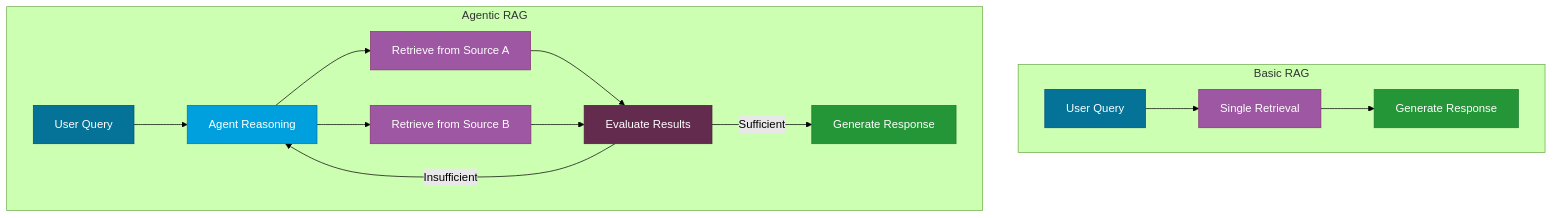
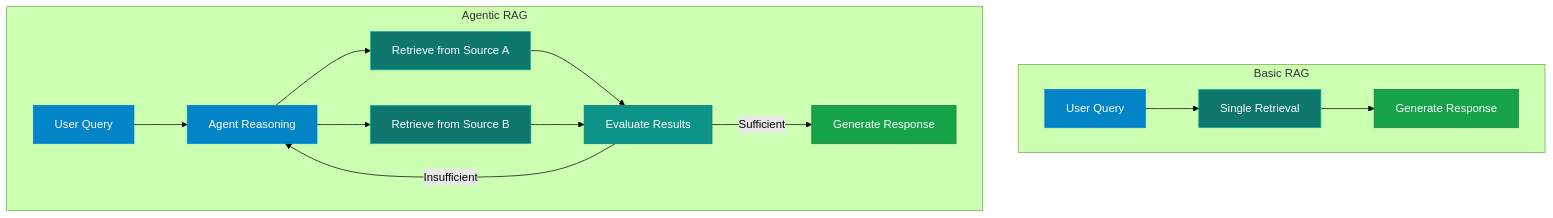
Before and after one commit to nitin27may/ai-resources: the third of 3 diagrams in docs/patterns/enterprise-patterns.md, drawn with Mermaid (forest theme). The commit also changed other lines of this file and 84 other files, not shown here.

````diff
--- a/docs/patterns/enterprise-patterns.md
+++ b/docs/patterns/enterprise-patterns.md
@@ -163,27 +170,27 @@
 ```mermaid
 graph TD
     subgraph Basic RAG
         Q1[User Query] --> R1[Single Retrieval]
         R1 --> G1[Generate Response]
     end
 
     subgraph Agentic RAG
         Q2[User Query] --> A[Agent Reasoning]
         A --> R2[Retrieve from Source A]
         A --> R3[Retrieve from Source B]
         R2 --> E[Evaluate Results]
         R3 --> E
         E -->|Insufficient| A
         E -->|Sufficient| G2[Generate Response]
     end
 
-    style Q1 fill:#057398,stroke:#004987,color:#fff
-    style R1 fill:#9E57A2,stroke:#853175,color:#fff
-    style G1 fill:#259638,stroke:#1a7a2b,color:#fff
-    style Q2 fill:#057398,stroke:#004987,color:#fff
-    style A fill:#00A0DF,stroke:#057398,color:#fff
-    style R2 fill:#9E57A2,stroke:#853175,color:#fff
-    style R3 fill:#9E57A2,stroke:#853175,color:#fff
-    style E fill:#632C4F,stroke:#4a2039,color:#fff
-    style G2 fill:#259638,stroke:#1a7a2b,color:#fff
+    style Q1 fill:#0284c7,stroke:#0284c7,color:#fff
+    style R1 fill:#0f766e,stroke:#14b8a6,color:#fff
+    style G1 fill:#16a34a,stroke:#15803d,color:#fff
+    style Q2 fill:#0284c7,stroke:#0284c7,color:#fff
+    style A fill:#0284c7,stroke:#0284c7,color:#fff
+    style R2 fill:#0f766e,stroke:#14b8a6,color:#fff
+    style R3 fill:#0f766e,stroke:#14b8a6,color:#fff
+    style E fill:#0d9488,stroke:#0b7a72,color:#fff
+    style G2 fill:#16a34a,stroke:#15803d,color:#fff
 ```
````
